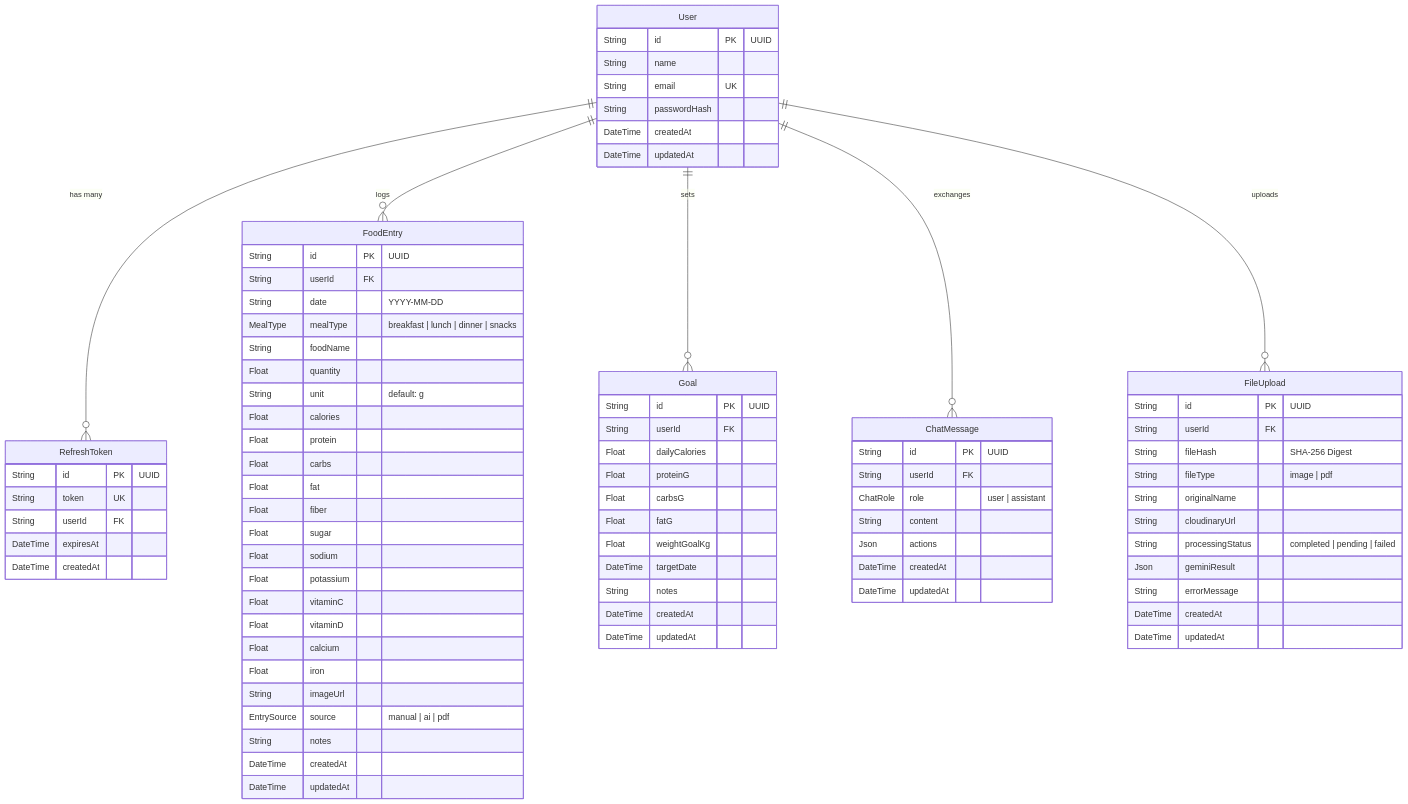
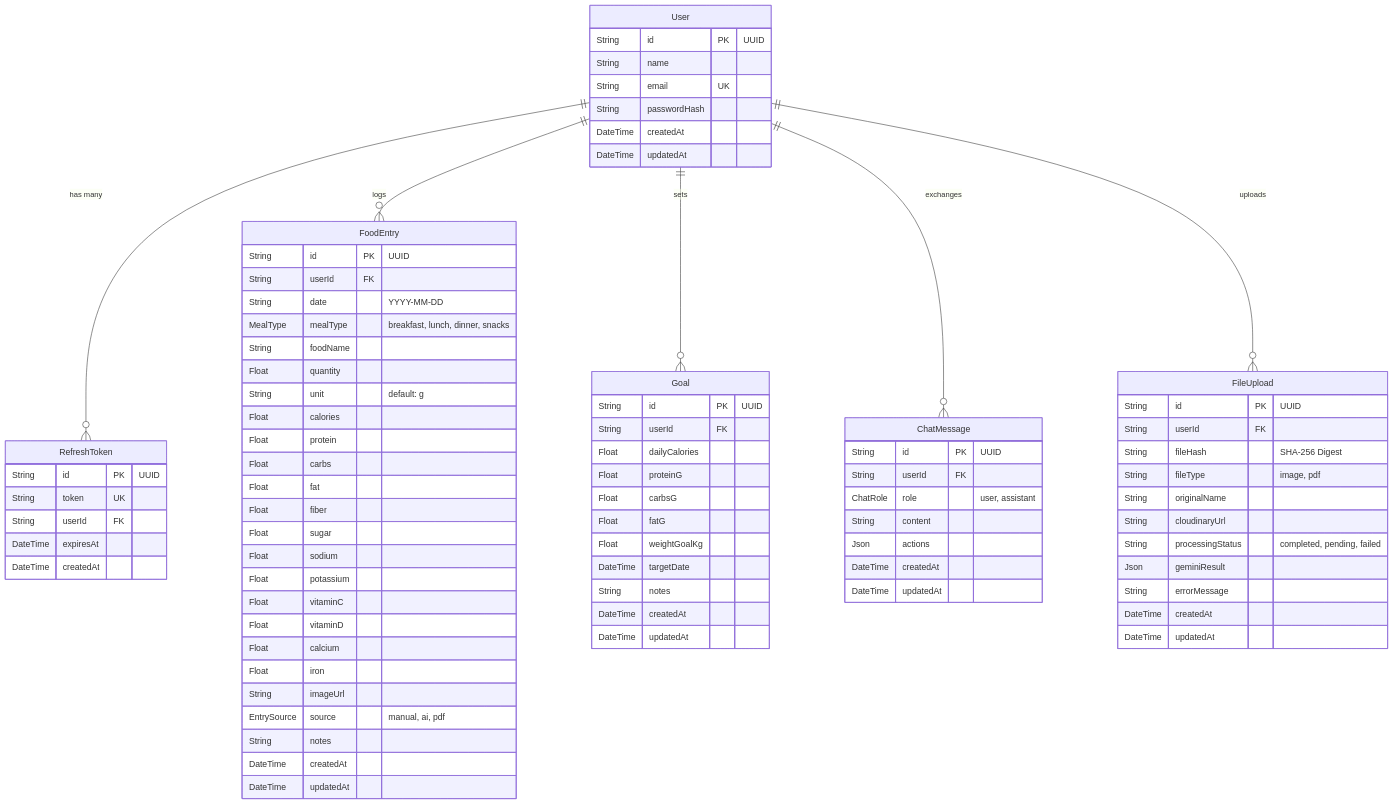
The second of 3 diagrams in README.md (happylakhotia/Calorie-Tracker), drawn with Mermaid before and after one commit. The commit also changed other lines of this file, not shown here.

```diff
--- a/README.md
+++ b/README.md
@@ -117,7 +118,7 @@
         String id PK "UUID"
         String userId FK
         String date "YYYY-MM-DD"
-        MealType mealType "breakfast | lunch | dinner | snacks"
+        MealType mealType "breakfast, lunch, dinner, snacks"
         String foodName
         Float quantity
         String unit "default: g"
@@ -134,7 +135,7 @@
         Float calcium
         Float iron
         String imageUrl
-        EntrySource source "manual | ai | pdf"
+        EntrySource source "manual, ai, pdf"
         String notes
         DateTime createdAt
         DateTime updatedAt
@@ -157,7 +158,7 @@
     ChatMessage {
         String id PK "UUID"
         String userId FK
-        ChatRole role "user | assistant"
+        ChatRole role "user, assistant"
         String content
         Json actions
         DateTime createdAt
@@ -168,10 +169,10 @@
         String id PK "UUID"
         String userId FK
         String fileHash "SHA-256 Digest"
-        String fileType "image | pdf"
+        String fileType "image, pdf"
         String originalName
         String cloudinaryUrl
-        String processingStatus "completed | pending | failed"
+        String processingStatus "completed, pending, failed"
         Json geminiResult
         String errorMessage
         DateTime createdAt
```
